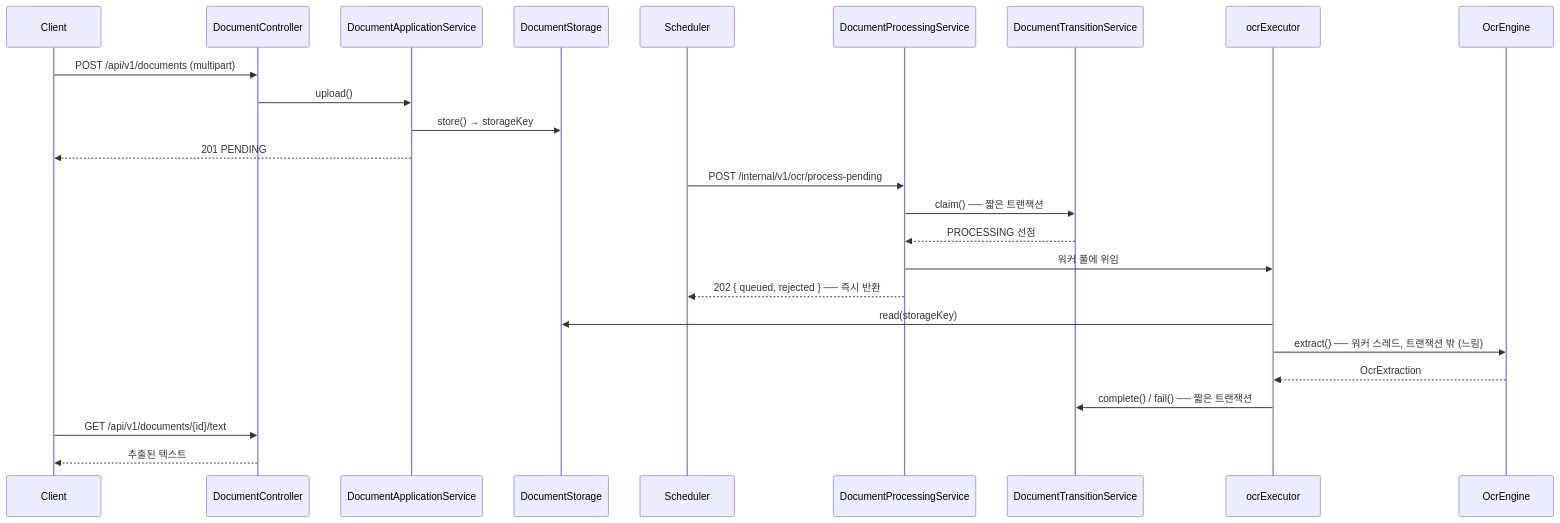
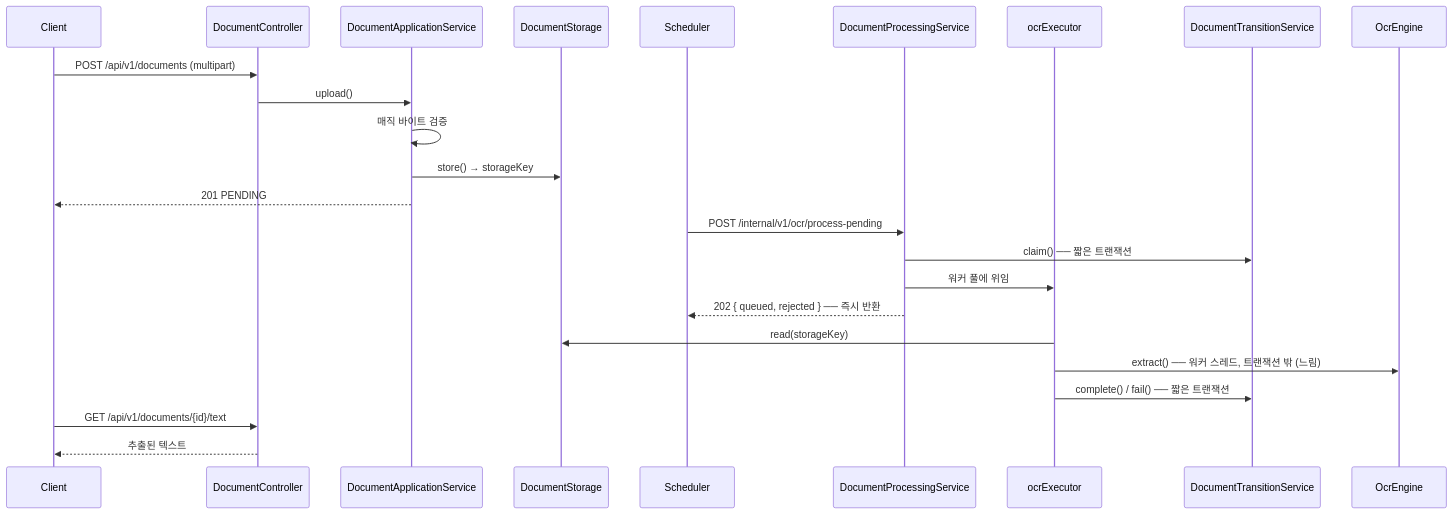
Before and after one commit to hyunolike/ai.ocr-automation.system-backend: the diagram in README.md, drawn with Mermaid. The commit also changed other lines of this file, not shown here.

````diff
--- a/README.md
+++ b/README.md
@@ -24,30 +323,29 @@
 ```mermaid
 sequenceDiagram
     participant C as Client
     participant B as DocumentController
     participant S as DocumentApplicationService
     participant ST as DocumentStorage
     participant SCH as Scheduler
     participant P as DocumentProcessingService
+    participant W as ocrExecutor
     participant T as DocumentTransitionService
-    participant W as ocrExecutor
     participant E as OcrEngine
 
     C->>B: POST /api/v1/documents (multipart)
     B->>S: upload()
+    S->>S: 매직 바이트 검증
     S->>ST: store() → storageKey
     S-->>C: 201 PENDING
 
     SCH->>P: POST /internal/v1/ocr/process-pending
     P->>T: claim() ── 짧은 트랜잭션
-    T-->>P: PROCESSING 선점
     P->>W: 워커 풀에 위임
     P-->>SCH: 202 { queued, rejected } ── 즉시 반환
     W->>ST: read(storageKey)
     W->>E: extract() ── 워커 스레드, 트랜잭션 밖 (느림)
-    E-->>W: OcrExtraction
     W->>T: complete() / fail() ── 짧은 트랜잭션
 
     C->>B: GET /api/v1/documents/{id}/text
     B-->>C: 추출된 텍스트
 ```
````
